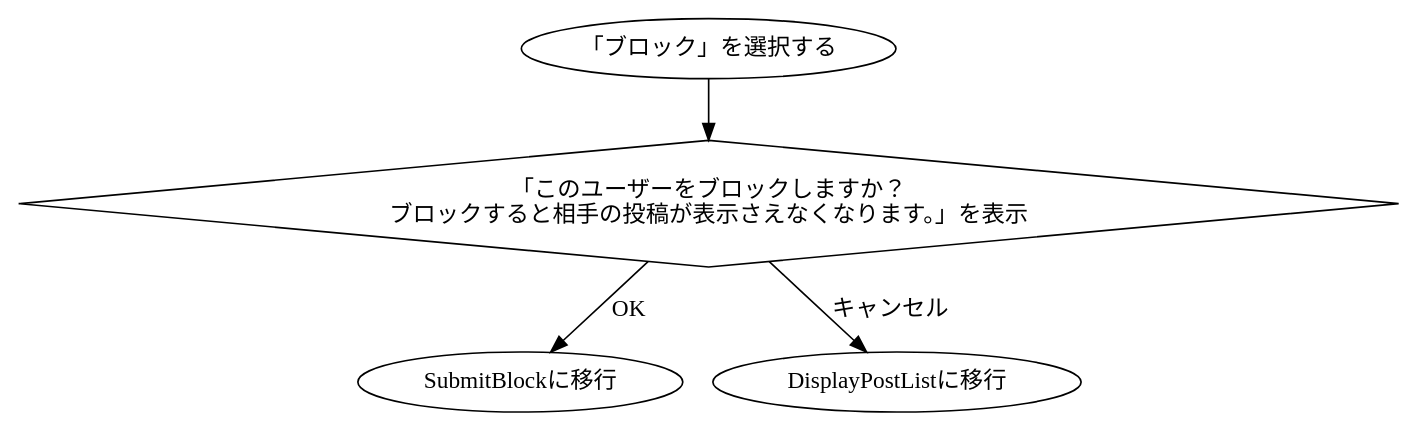
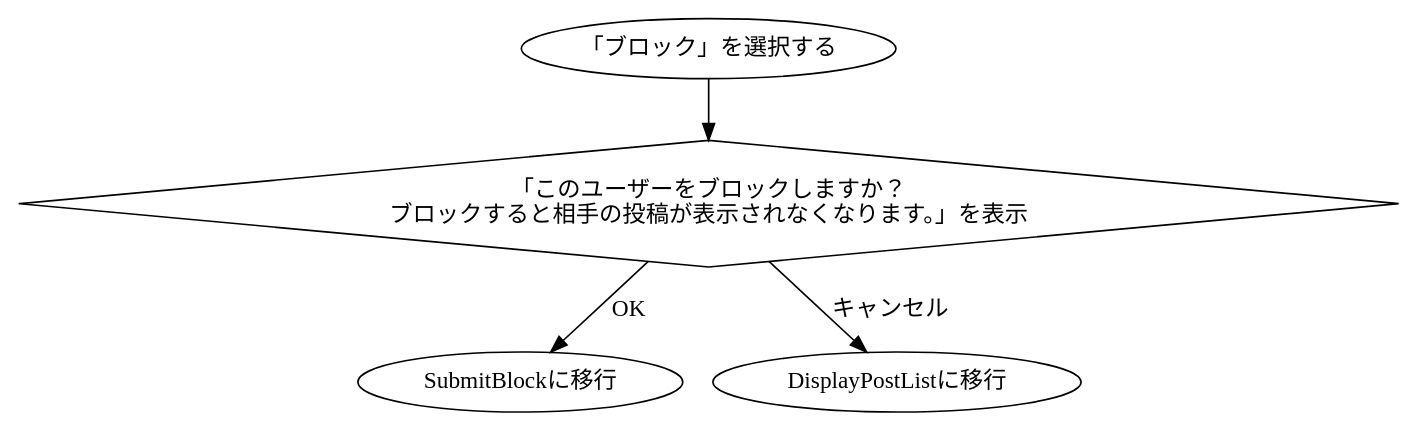
Before and after one commit to KUT-Group12/internal_design: the diagram in dot/marudemaru/SelectBlock.dot, drawn with Graphviz. The commit also changed 1 other file, not shown here.

```diff
--- a/dot/marudemaru/SelectBlock.dot
+++ b/dot/marudemaru/SelectBlock.dot
@@ -1,12 +1,12 @@
 digraph G {
     #include "style.doth"
 
     select[label = "「ブロック」を選択する"]
-    view[label = "「このユーザーをブロックしますか？\nブロックすると相手の投稿が表示さえなくなります。」を表示", shape = diamond]
+    view[label = "「このユーザーをブロックしますか？\nブロックすると相手の投稿が表示されなくなります。」を表示", shape = diamond]
     yes[label = "SubmitBlockに移行"]
     no[label = "DisplayPostListに移行"]
 
     select -> view
     view -> yes [label = "OK"]
     view -> no [label = "キャンセル"]
 }
```
